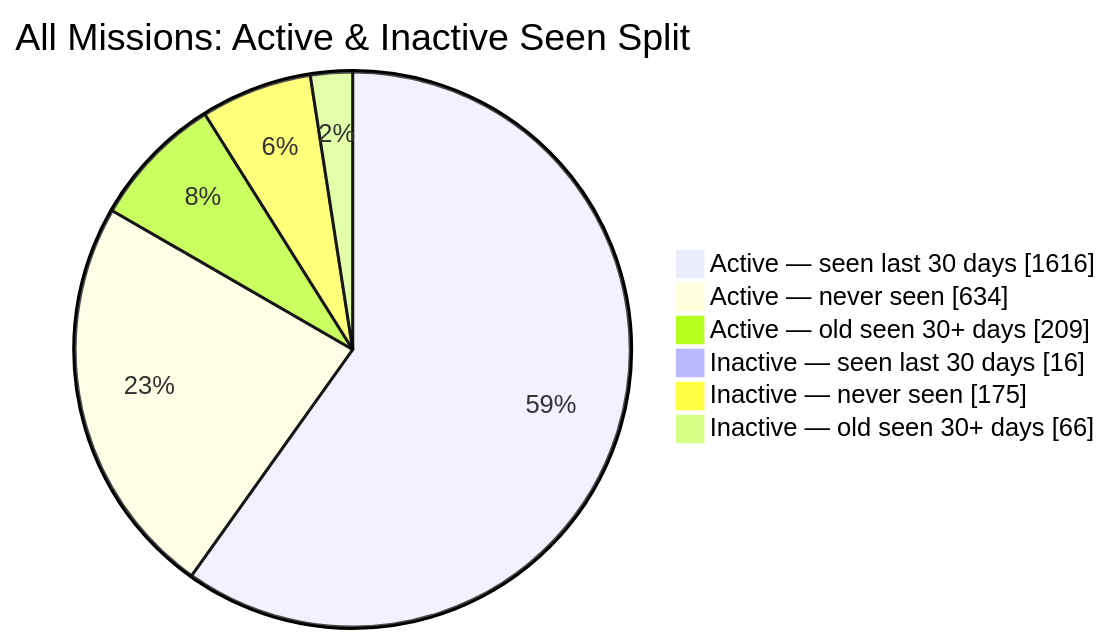
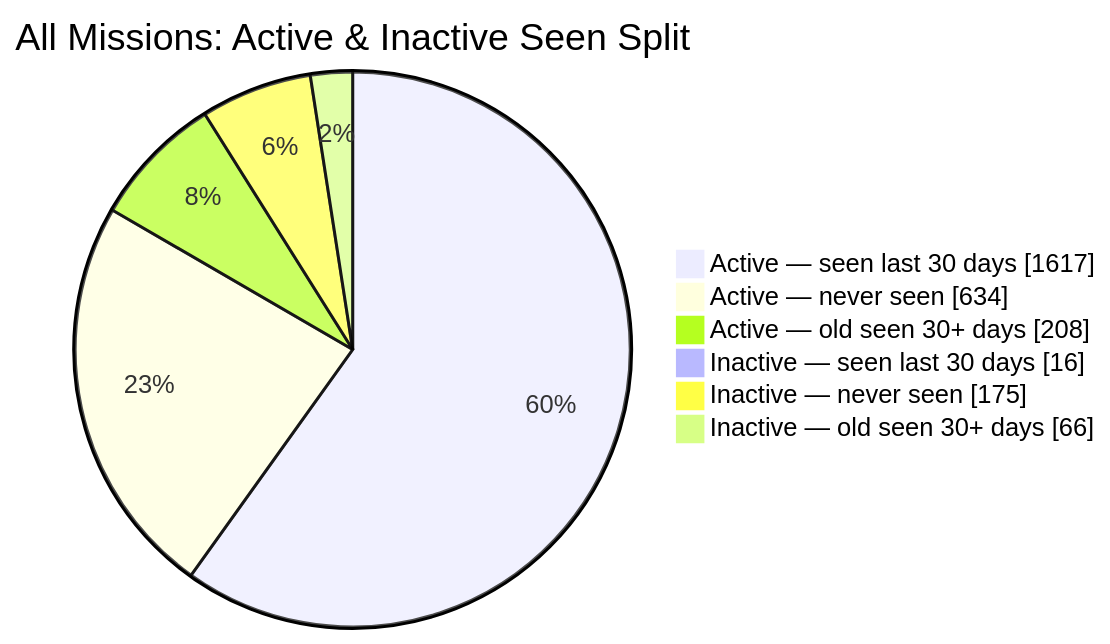
Before and after one commit to MeldkamerspelGameTeam/active-missions: the second of 2 diagrams in README.md, drawn with Mermaid. The commit also changed other lines of this file and 3 other files, not shown here.

````diff
--- a/README.md
+++ b/README.md
@@ -44,10 +44,10 @@
 ```mermaid
 pie showData
     title All Missions: Active & Inactive Seen Split
-    "Active — seen last 30 days" : 1616
+    "Active — seen last 30 days" : 1617
     "Active — never seen" : 634
-    "Active — old seen 30+ days" : 209
+    "Active — old seen 30+ days" : 208
     "Inactive — seen last 30 days" : 16
     "Inactive — never seen" : 175
     "Inactive — old seen 30+ days" : 66
 ```
````
